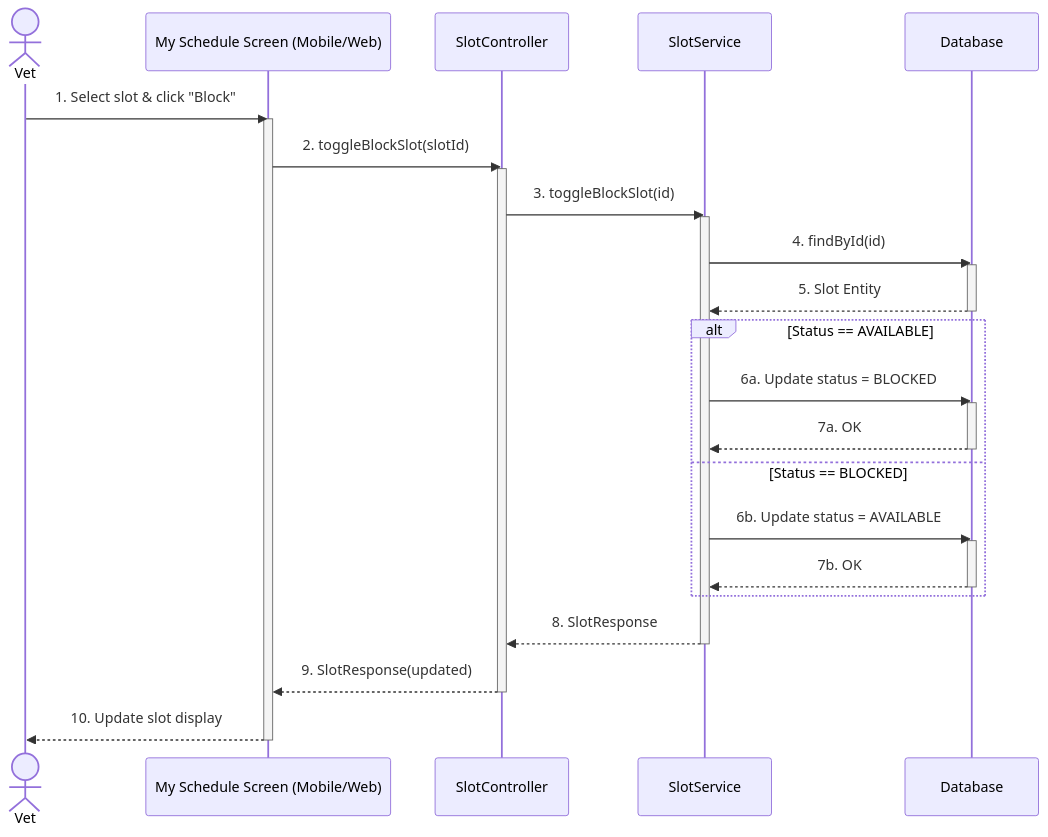
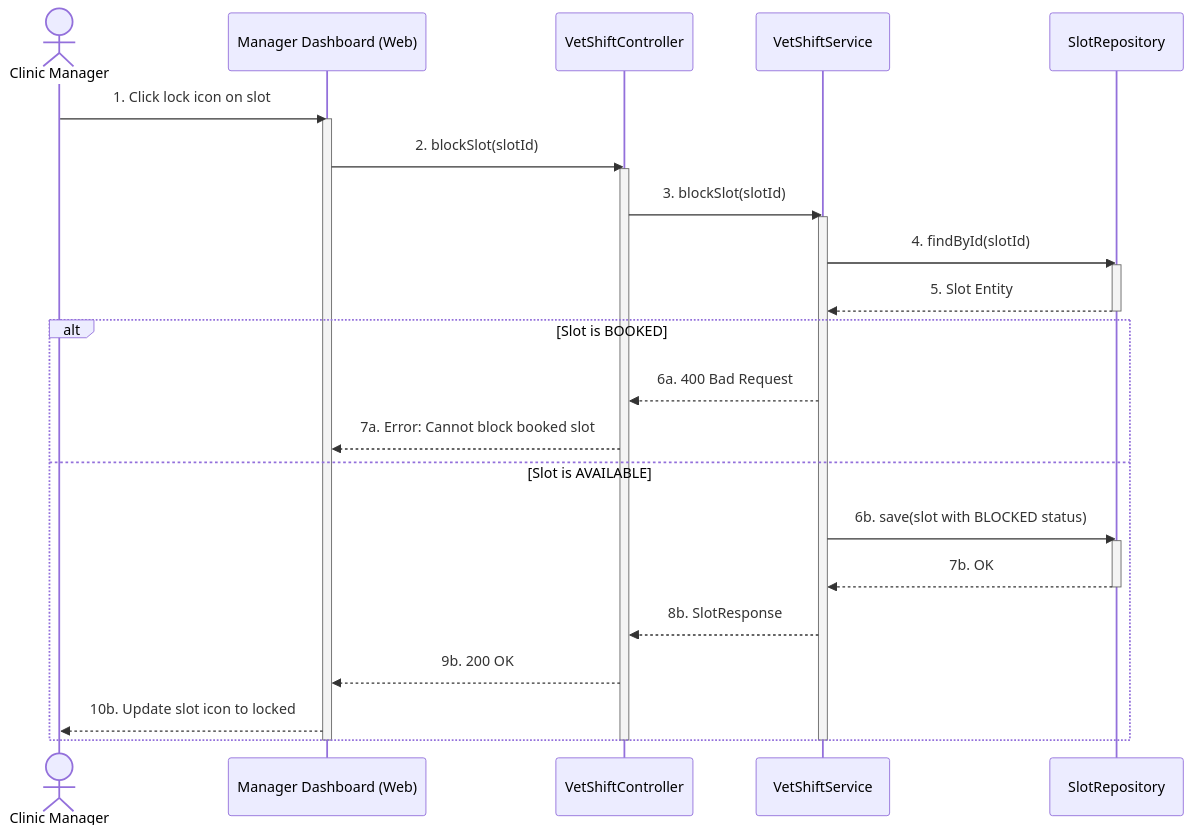
Diagram 30 of 40 in docs-references/documentation/SDD/REPORT_4_SDD_SYSTEM_DESIGN.md (espresso23/Petties-Veterinary-Appointment-Booking-Platform), drawn with Mermaid before and after one commit. The commit also changed other lines of this file and 132 other files, not shown here.

Commit message:
feat: implement VetShift scheduling, real-time notifications (SSE/FCM), and UI improvements

````diff
--- a/docs-references/documentation/SDD/REPORT_4_SDD_SYSTEM_DESIGN.md
+++ b/docs-references/documentation/SDD/REPORT_4_SDD_SYSTEM_DESIGN.md
@@ -1658,36 +2133,34 @@
 ```mermaid
 sequenceDiagram
-    actor V as Vet
-    participant UI as My Schedule Screen (Mobile/Web)
-    participant C as SlotController
-    participant S as SlotService
-    participant DB as Database
+    actor M as Clinic Manager
+    participant UI as Manager Dashboard (Web)
+    participant C as VetShiftController
+    participant S as VetShiftService
+    participant SR as SlotRepository
 
-    V->>UI: 1. Select slot & click "Block"
+    M->>UI: 1. Click lock icon on slot
     activate UI
-    UI->>C: 2. toggleBlockSlot(slotId)
+    UI->>C: 2. blockSlot(slotId)
     activate C
-    C->>S: 3. toggleBlockSlot(id)
+    C->>S: 3. blockSlot(slotId)
     activate S
-    S->>DB: 4. findById(id)
-    activate DB
-    DB-->>S: 5. Slot Entity
-    deactivate DB
-    alt Status == AVAILABLE
-        S->>DB: 6a. Update status = BLOCKED
-        activate DB
-        DB-->>S: 7a. OK
-        deactivate DB
-    else Status == BLOCKED
-        S->>DB: 6b. Update status = AVAILABLE
-        activate DB
-        DB-->>S: 7b. OK
-        deactivate DB
+    S->>SR: 4. findById(slotId)
+    activate SR
+    SR-->>S: 5. Slot Entity
+    deactivate SR
+    alt Slot is BOOKED
+        S-->>C: 6a. 400 Bad Request
+        C-->>UI: 7a. Error: Cannot block booked slot
+    else Slot is AVAILABLE
+        S->>SR: 6b. save(slot with BLOCKED status)
+        activate SR
+        SR-->>S: 7b. OK
+        deactivate SR
+        S-->>C: 8b. SlotResponse
+        C-->>UI: 9b. 200 OK
+        UI-->>M: 10b. Update slot icon to locked
     end
-    S-->>C: 8. SlotResponse
     deactivate S
-    C-->>UI: 9. SlotResponse(updated)
     deactivate C
-    UI-->>V: 10. Update slot display
     deactivate UI
 ```
````
